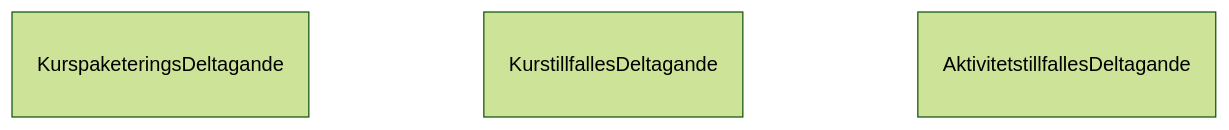
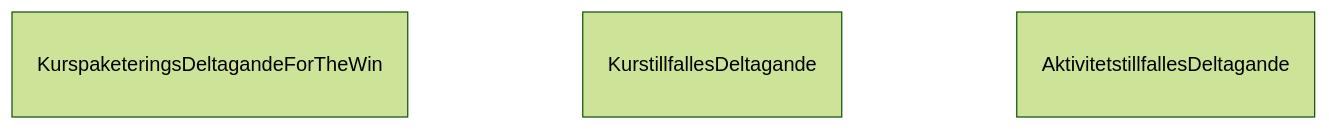
Before and after one commit to jhsware/kth-data-model: the first of 3 diagrams in ladok-rest-api/ladok-entities.md, drawn with Mermaid (forest theme). The commit also changed 1 other file, not shown here.

Commit message:
Ladok entity name change

````diff
--- a/ladok-rest-api/ladok-entities.md
+++ b/ladok-rest-api/ladok-entities.md
@@ -5,6 +5,6 @@
 ```mermaid
 erDiagram
-    KurspaketeringsDeltagande
+    KurspaketeringsDeltagandeForTheWin
     KurstillfallesDeltagande
     AktivitetstillfallesDeltagande
 ```
````
